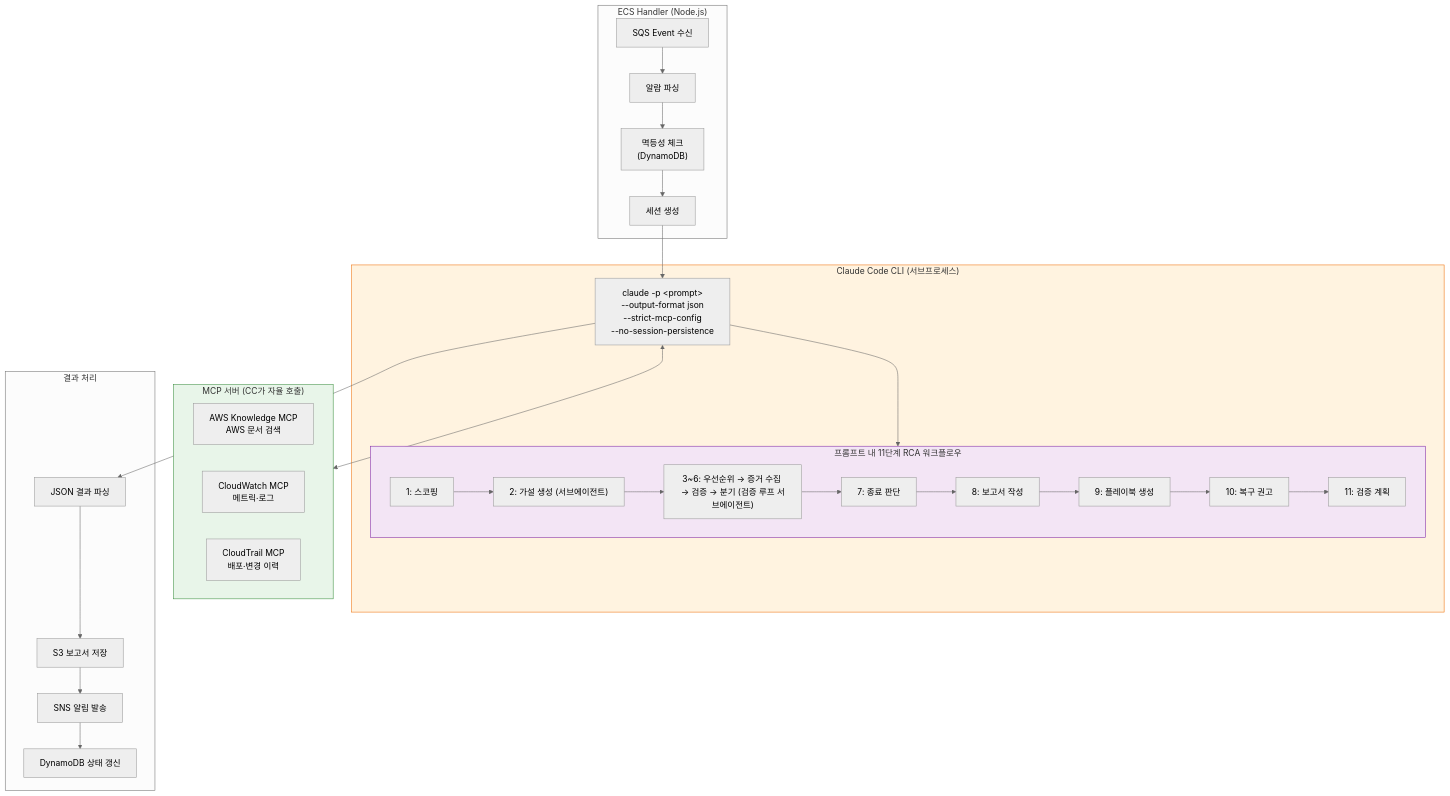
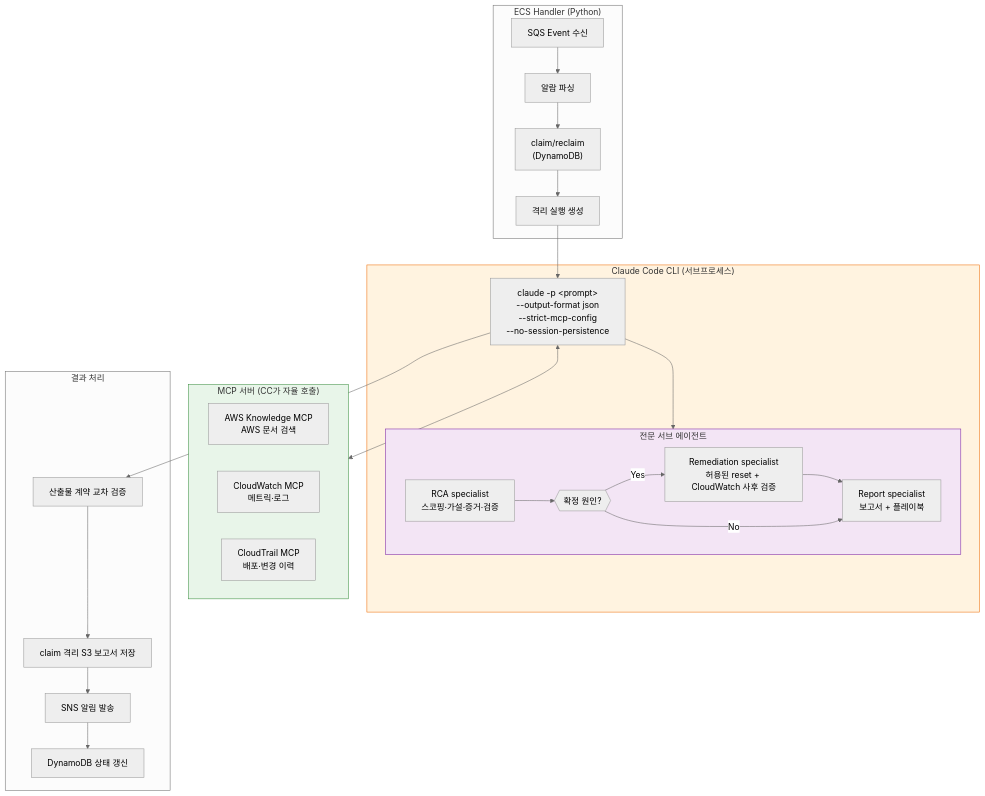
The ninth of 22 diagrams in docs/system-guide-for-ops.md (haandol/rca-agent), drawn with Mermaid (neutral theme) before and after one commit. The commit also changed other lines of this file and 154 other files, not shown here.

````diff
--- a/docs/system-guide-for-ops.md
+++ b/docs/system-guide-for-ops.md
@@ -399,50 +402,48 @@
 ```mermaid
 flowchart TD
-    subgraph EcsHandler["ECS Handler (Node.js)"]
+    subgraph EcsHandler["ECS Handler (Python)"]
         SQS["SQS Event 수신"]
         PARSE["알람 파싱"]
-        IDEMP["멱등성 체크<br/>(DynamoDB)"]
-        SESSION["세션 생성"]
+        IDEMP["claim/reclaim<br/>(DynamoDB)"]
+        SESSION["격리 실행 생성"]
         SQS --> PARSE --> IDEMP --> SESSION
     end
 
     subgraph CCProcess["Claude Code CLI (서브프로세스)"]
         CC["claude -p &lt;prompt&gt;<br/>--output-format json<br/>--strict-mcp-config<br/>--no-session-persistence"]
 
-        subgraph Prompt["프롬프트 내 11단계 RCA 워크플로우"]
-            S1["1: 스코핑"]
-            S2["2: 가설 생성 (서브에이전트)"]
-            S3["3~6: 우선순위 → 증거 수집 → 검증 → 분기 (검증 루프 서브에이전트)"]
-            S7["7: 종료 판단"]
-            S8["8: 보고서 작성"]
-            S9["9: 플레이북 생성"]
-            S10["10: 복구 권고"]
-            S11["11: 검증 계획"]
-            S1 --> S2 --> S3 --> S7 --> S8 --> S9 --> S10 --> S11
+        subgraph Prompt["전문 서브 에이전트"]
+            S1["RCA specialist<br/>스코핑·가설·증거·검증"]
+            GATE{{"확정 원인?"}}
+            S2["Remediation specialist<br/>허용된 reset + CloudWatch 사후 검증"]
+            S3["Report specialist<br/>보고서 + 플레이북"]
+            S1 --> GATE
+            GATE -->|Yes| S2 --> S3
+            GATE -->|No| S3
         end
 
         CC --> Prompt
     end
 
     subgraph MCPServers["MCP 서버 (CC가 자율 호출)"]
         AK["AWS Knowledge MCP<br/>AWS 문서 검색"]
         CW["CloudWatch MCP<br/>메트릭·로그"]
         CT["CloudTrail MCP<br/>배포·변경 이력"]
     end
 
     subgraph Output["결과 처리"]
-        RESULT["JSON 결과 파싱"]
-        S3_SAVE["S3 보고서 저장"]
+        RESULT["산출물 계약 교차 검증"]
+        S3_SAVE["claim 격리 S3 보고서 저장"]
         SNS_SEND["SNS 알림 발송"]
         DDB_UP["DynamoDB 상태 갱신"]
         RESULT --> S3_SAVE --> SNS_SEND --> DDB_UP
     end
 
     SESSION --> CC
     CC <--> MCPServers
     CC --> RESULT
 
     style CCProcess fill:#fff3e0,stroke:#ef6c00
     style MCPServers fill:#e8f5e9,stroke:#388e3c
     style Prompt fill:#f3e5f5,stroke:#7b1fa2
 ```
````
